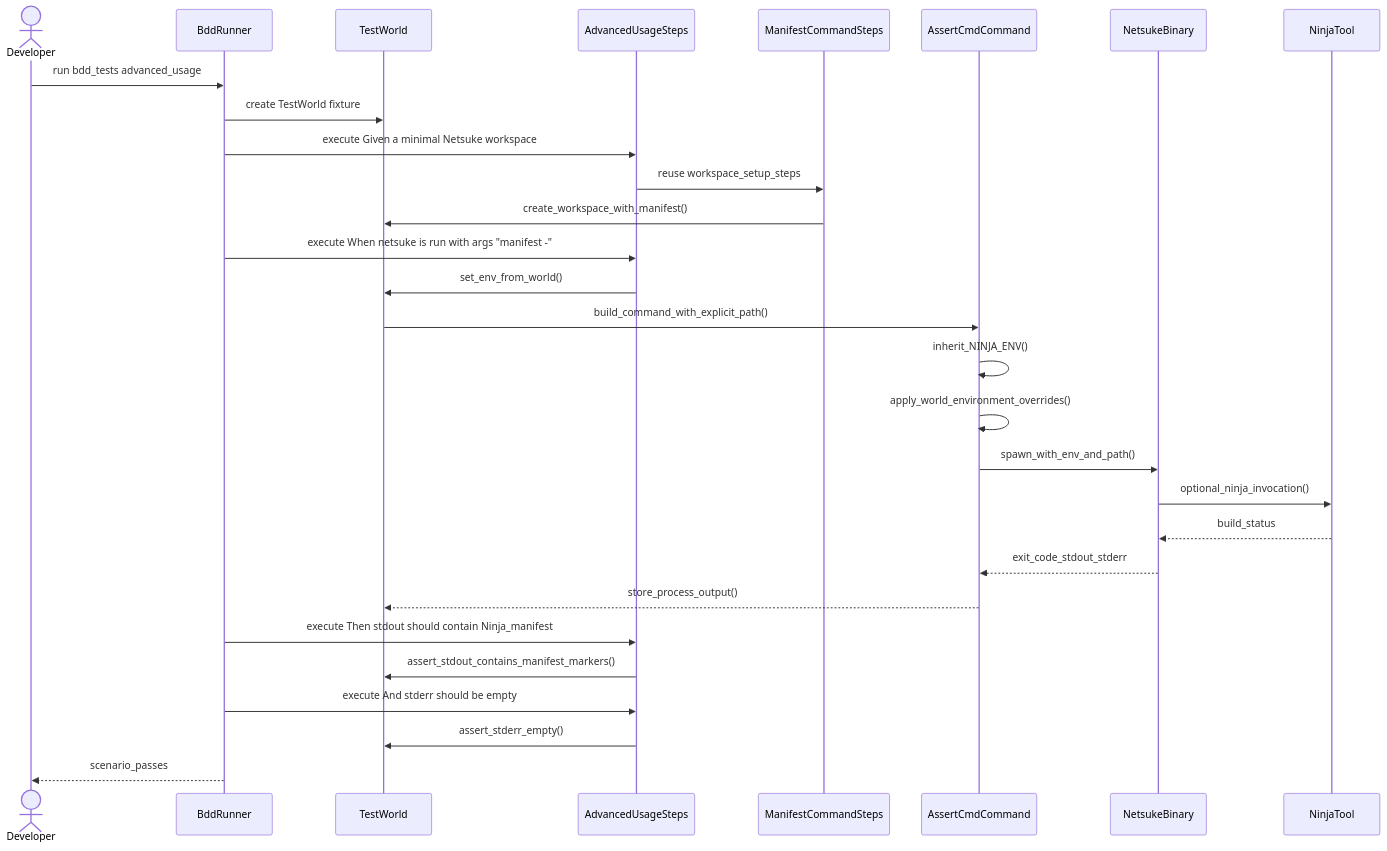
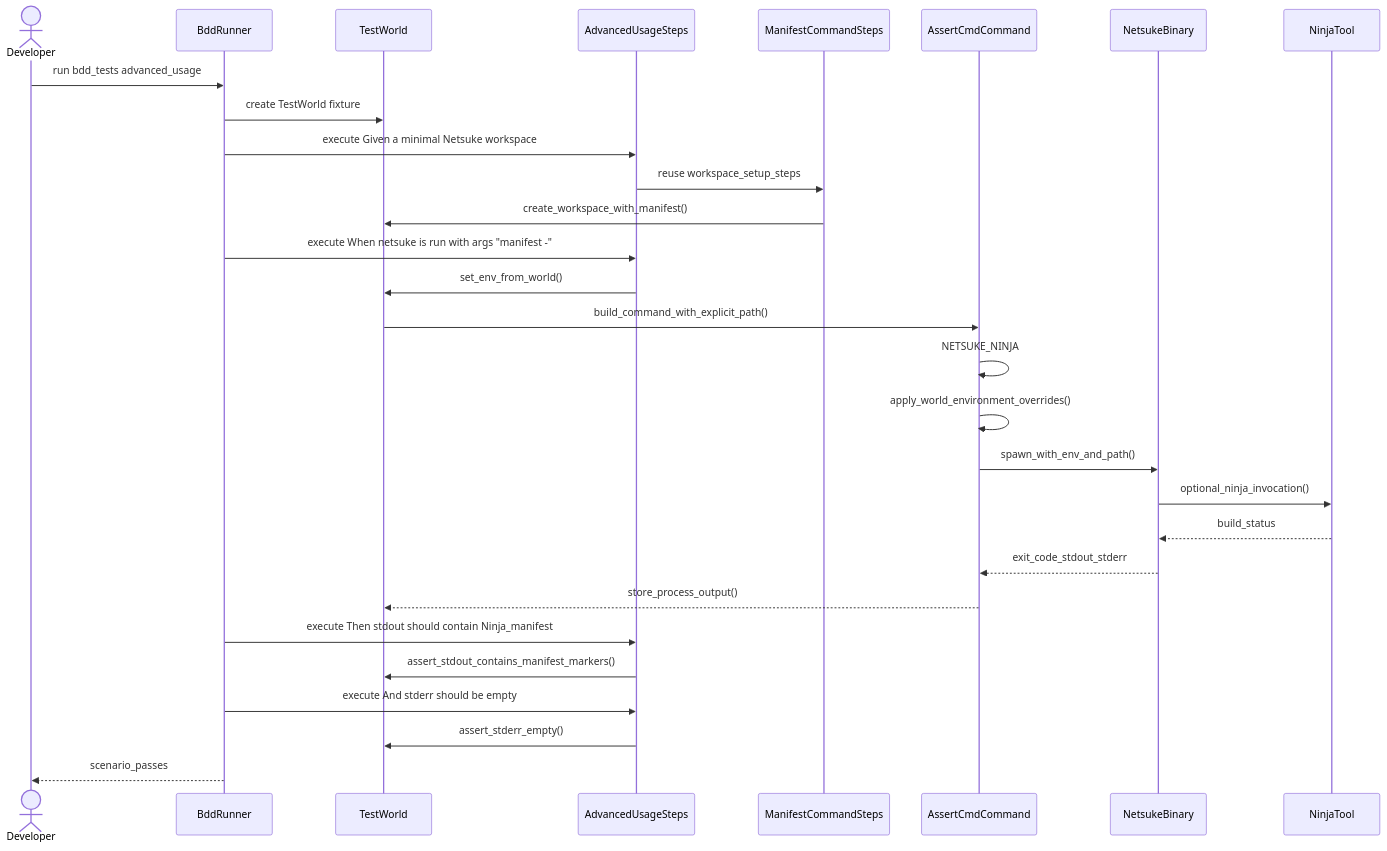
The diagram in docs/developers-guide.md (leynos/netsuke), drawn with Mermaid before and after one commit. The commit also changed other lines of this file and 1 other file, not shown here.

First line of the commit message:
Clarify Ninja command argument logging (#83)

````diff
--- a/docs/developers-guide.md
+++ b/docs/developers-guide.md
@@ -1006,37 +1006,37 @@
 ```mermaid
 sequenceDiagram
     actor Developer
     participant BddRunner
     participant TestWorld
     participant AdvancedUsageSteps
     participant ManifestCommandSteps
     participant AssertCmdCommand
     participant NetsukeBinary
     participant NinjaTool
 
     Developer->>BddRunner: run bdd_tests advanced_usage
     BddRunner->>TestWorld: create TestWorld fixture
 
     BddRunner->>AdvancedUsageSteps: execute Given a minimal Netsuke workspace
     AdvancedUsageSteps->>ManifestCommandSteps: reuse workspace_setup_steps
     ManifestCommandSteps->>TestWorld: create_workspace_with_manifest()
 
     BddRunner->>AdvancedUsageSteps: execute When netsuke is run with args "manifest -"
     AdvancedUsageSteps->>TestWorld: set_env_from_world()
     TestWorld->>AssertCmdCommand: build_command_with_explicit_path()
-    AssertCmdCommand->>AssertCmdCommand: inherit_NINJA_ENV()
+    AssertCmdCommand->>AssertCmdCommand: NETSUKE_NINJA
     AssertCmdCommand->>AssertCmdCommand: apply_world_environment_overrides()
     AssertCmdCommand->>NetsukeBinary: spawn_with_env_and_path()
     NetsukeBinary->>NinjaTool: optional_ninja_invocation()
     NinjaTool-->>NetsukeBinary: build_status
     NetsukeBinary-->>AssertCmdCommand: exit_code_stdout_stderr
     AssertCmdCommand-->>TestWorld: store_process_output()
 
     BddRunner->>AdvancedUsageSteps: execute Then stdout should contain Ninja_manifest
     AdvancedUsageSteps->>TestWorld: assert_stdout_contains_manifest_markers()
 
     BddRunner->>AdvancedUsageSteps: execute And stderr should be empty
     AdvancedUsageSteps->>TestWorld: assert_stderr_empty()
 
     BddRunner-->>Developer: scenario_passes
 ```
````
